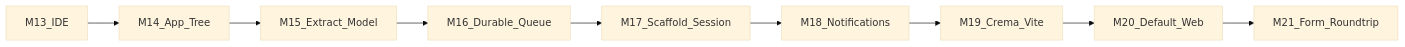
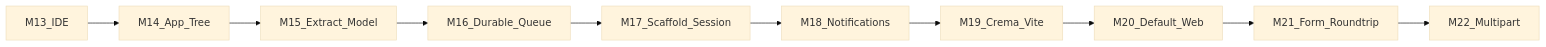
One commit to konaframework/kona changed the second of 2 diagrams in MILESTONES.md. Above: the diagram before and after it, drawn with Mermaid (base theme). The commit also changed other lines of this file and 12 other files, not shown here.

````diff
--- a/MILESTONES.md
+++ b/MILESTONES.md
@@ -726,11 +751,12 @@
 ```mermaid
 flowchart LR
   M13[M13_IDE] --> M14[M14_App_Tree]
   M14 --> M15[M15_Extract_Model]
   M15 --> M16[M16_Durable_Queue]
   M16 --> M17[M17_Scaffold_Session]
   M17 --> M18[M18_Notifications]
   M18 --> M19[M19_Crema_Vite]
   M19 --> M20[M20_Default_Web]
   M20 --> M21[M21_Form_Roundtrip]
+  M21 --> M22[M22_Multipart]
 ```
````
